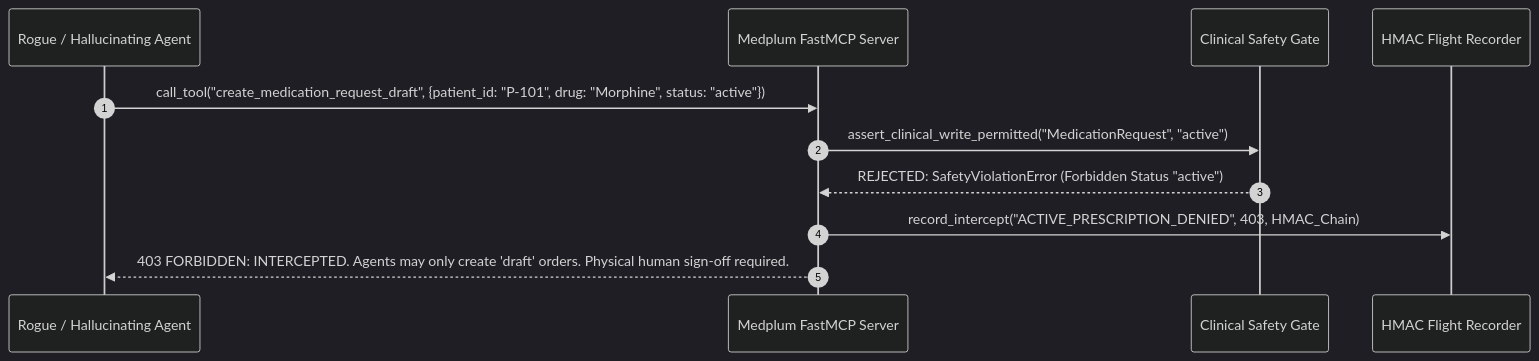
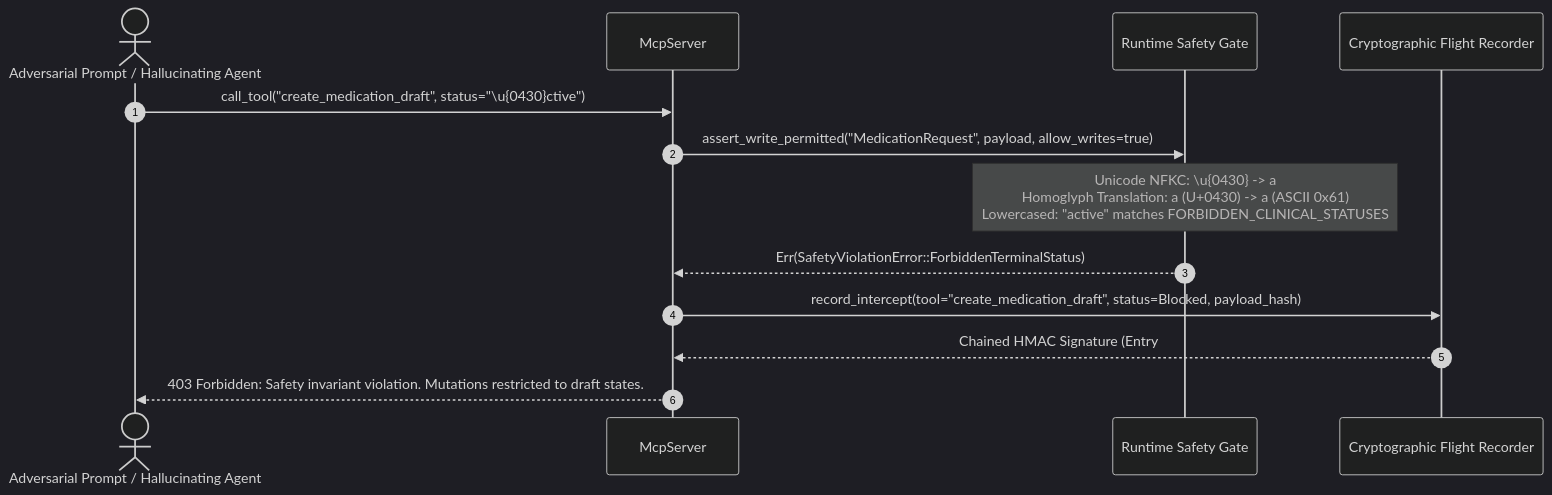
The fifth of 8 diagrams in docs/ARCHITECTURE.md (LiamDGray/medplum-mcp), drawn with Mermaid (dark theme) before and after one commit. The commit also changed other lines of this file and 3 other files, not shown here.

Commit message:
docs: comprehensive architectural documentation with UML, Mermaid, and ASCII diagrams, 5-tier verification standard, and benchmarks

````diff
--- a/docs/ARCHITECTURE.md
+++ b/docs/ARCHITECTURE.md
@@ -127,14 +271,16 @@
 ```mermaid
 sequenceDiagram
     autonumber
-    participant Agent as Rogue / Hallucinating Agent
-    participant MCP as Medplum FastMCP Server
-    participant Gate as Clinical Safety Gate
-    participant Audit as HMAC Flight Recorder
+    actor Attacker as Adversarial Prompt / Hallucinating Agent
+    participant Server as McpServer
+    participant Gate as Runtime Safety Gate
+    participant Audit as Cryptographic Flight Recorder
 
-    Agent->>MCP: call_tool("create_medication_request_draft", {patient_id: "P-101", drug: "Morphine", status: "active"})
-    MCP->>Gate: assert_clinical_write_permitted("MedicationRequest", "active")
-    Gate-->>MCP: REJECTED: SafetyViolationError (Forbidden Status "active")
-    MCP->>Audit: record_intercept("ACTIVE_PRESCRIPTION_DENIED", 403, HMAC_Chain)
-    MCP-->>Agent: 403 FORBIDDEN: INTERCEPTED. Agents may only create 'draft' orders. Physical human sign-off required.
+    Attacker->>Server: call_tool("create_medication_draft", status="\u{0430}ctive")
+    Server->>Gate: assert_write_permitted("MedicationRequest", payload, allow_writes=true)
+    Note over Gate: Unicode NFKC: \u{0430} -> а<br/>Homoglyph Translation: а (U+0430) -> a (ASCII 0x61)<br/>Lowercased: "active" matches FORBIDDEN_CLINICAL_STATUSES
+    Gate-->>Server: Err(SafetyViolationError::ForbiddenTerminalStatus)
+    Server->>Audit: record_intercept(tool="create_medication_draft", status=Blocked, payload_hash)
+    Audit-->>Server: Chained HMAC Signature (Entry #895 [BLOCKED])
+    Server-->>Attacker: 403 Forbidden: Safety invariant violation. Mutations restricted to draft states.
 ```
````
